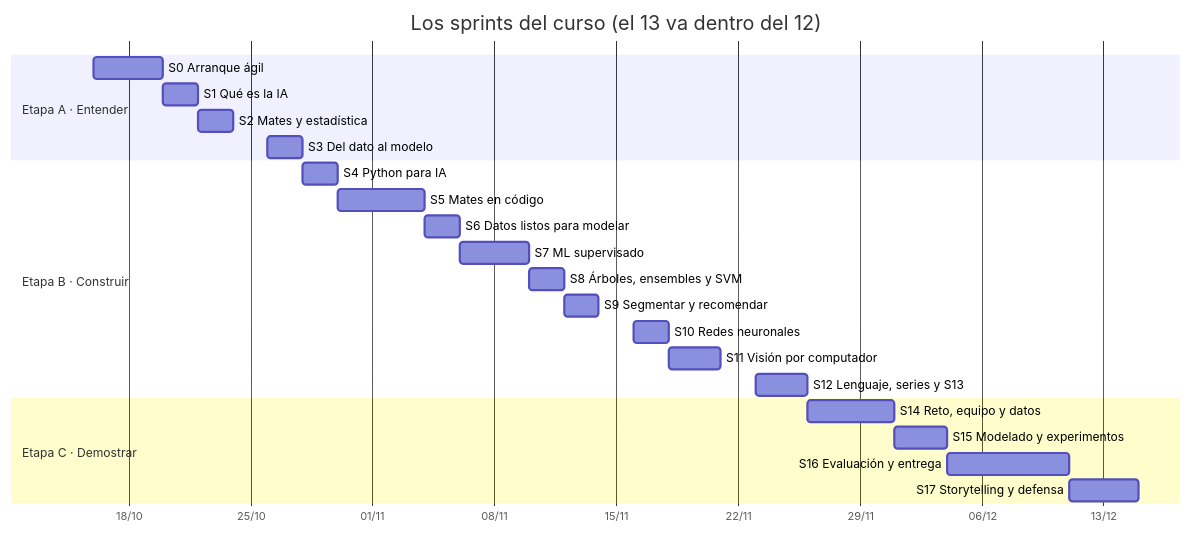
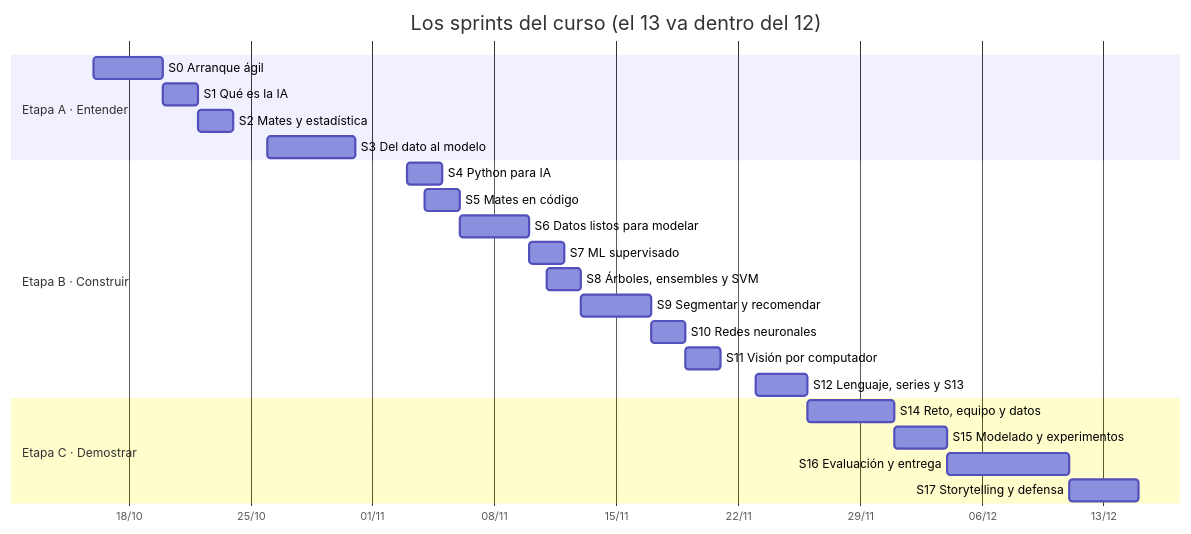
One commit to cCoolBoox/IFCD107-alumnado changed the fourth of 7 diagrams in README.md. Above: the diagram before and after it, drawn with Mermaid. The commit also changed other lines of this file and 67 other files, not shown here.

````diff
--- a/README.md
+++ b/README.md
@@ -129,26 +129,26 @@
 ```mermaid
 gantt
     title Los sprints del curso (el 13 va dentro del 12)
     dateFormat  YYYY-MM-DD
     axisFormat  %d/%m
     section Etapa A · Entender
     S0 Arranque ágil                  :a0, 2026-10-16, 4d
     S1 Qué es la IA                   :a1, 2026-10-20, 2d
     S2 Mates y estadística            :a2, 2026-10-22, 2d
-    S3 Del dato al modelo             :a3, 2026-10-26, 2d
+    S3 Del dato al modelo             :a3, 2026-10-26, 5d
     section Etapa B · Construir
-    S4 Python para IA                 :b4, 2026-10-28, 2d
-    S5 Mates en código                :b5, 2026-10-30, 5d
-    S6 Datos listos para modelar      :b6, 2026-11-04, 2d
-    S7 ML supervisado                 :b7, 2026-11-06, 4d
-    S8 Árboles, ensembles y SVM       :b8, 2026-11-10, 2d
-    S9 Segmentar y recomendar         :b9, 2026-11-12, 2d
-    S10 Redes neuronales              :b10, 2026-11-16, 2d
-    S11 Visión por computador         :b11, 2026-11-18, 3d
+    S4 Python para IA                 :b4, 2026-11-03, 2d
+    S5 Mates en código                :b5, 2026-11-04, 2d
+    S6 Datos listos para modelar      :b6, 2026-11-06, 4d
+    S7 ML supervisado                 :b7, 2026-11-10, 2d
+    S8 Árboles, ensembles y SVM       :b8, 2026-11-11, 2d
+    S9 Segmentar y recomendar         :b9, 2026-11-13, 4d
+    S10 Redes neuronales              :b10, 2026-11-17, 2d
+    S11 Visión por computador         :b11, 2026-11-19, 2d
     S12 Lenguaje, series y S13           :b12, 2026-11-23, 3d
     section Etapa C · Demostrar
     S14 Reto, equipo y datos          :c14, 2026-11-26, 5d
     S15 Modelado y experimentos       :c15, 2026-12-01, 3d
     S16 Evaluación y entrega          :c16, 2026-12-04, 7d
     S17 Storytelling y defensa        :c17, 2026-12-11, 4d
 ```
````
